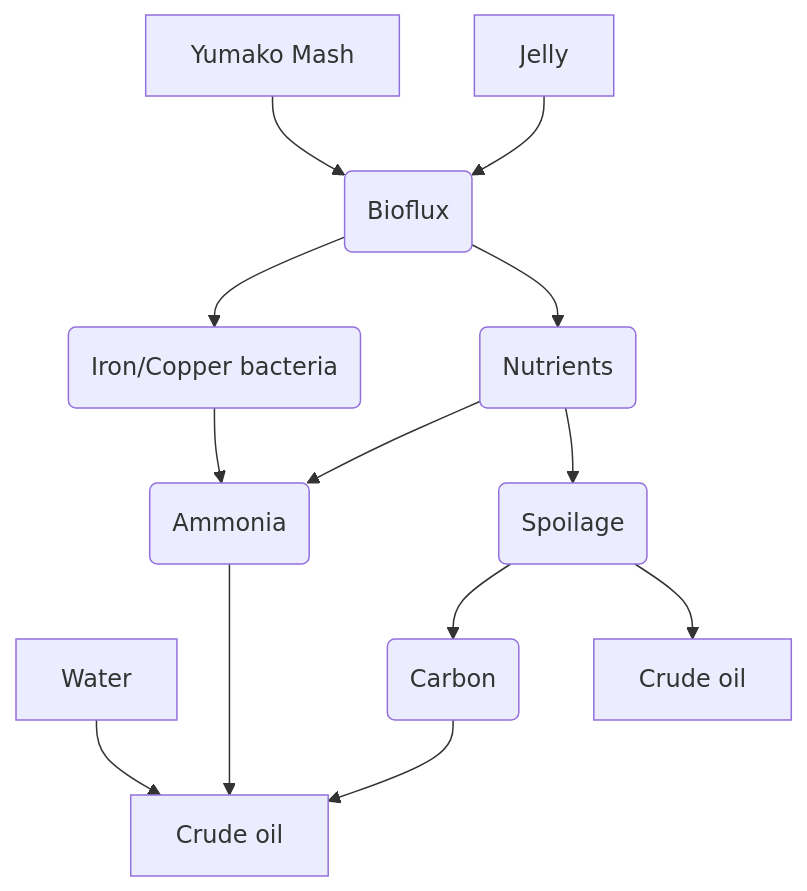
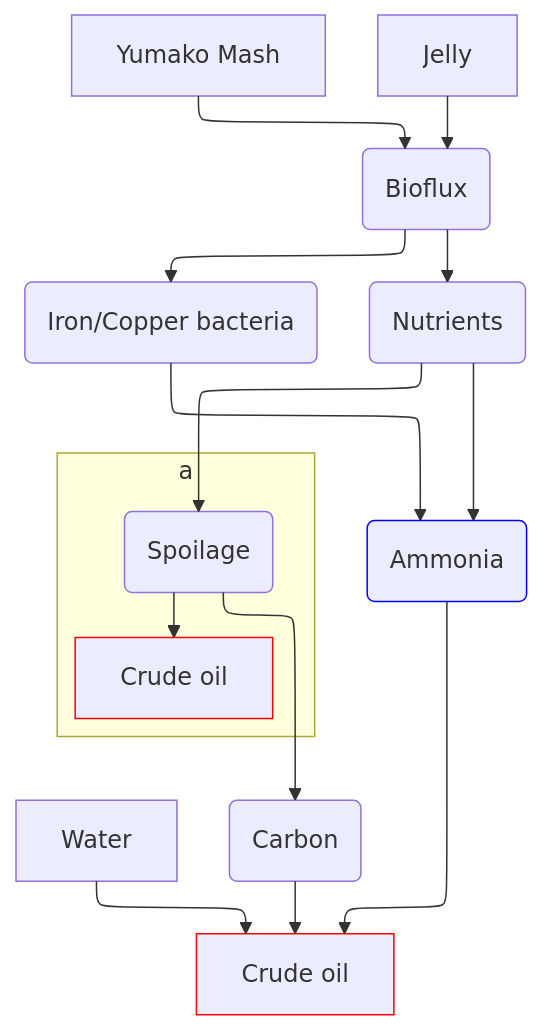
The diagram in .docs/flowcharts/gleba_crude_oil.md (JTnadrooi/Project-Galore), drawn with Mermaid before and after one commit.

Commit message:
changed chart style

````diff
--- a/.docs/flowcharts/gleba_crude_oil.md
+++ b/.docs/flowcharts/gleba_crude_oil.md
@@ -3,13 +3,23 @@
 ```mermaid
-flowchart TD
+---
+config:
+    flowchart:
+        defaultRenderer: elk
+---
+graph TB
     A1[Yumako Mash] -->Bf(Bioflux)
     A2[Jelly] -->Bf
-    H2o[Water] --> OilAm[Crude oil]
+    H2o[Water] --> OilAm[Crude oil]:::CrudeOil
     Bf --> Ba(Iron/Copper bacteria)
     Bf --> Nu(Nutrients)
-    Ba & Nu --> Am(Ammonia)
+    Ba & Nu --> Am(Ammonia):::Ammonia
     Nu --> Sp(Spoilage)
     Sp --> Ca(Carbon)
-    Ca & Am --> OilAm
-    Sp --> OilSp[Crude oil]
+        Ca & Am --> OilAm
+    subgraph a
+        Sp --> OilSp[Crude oil]:::CrudeOil
+    end
+
+    classDef Ammonia stroke:#00f
+    classDef CrudeOil stroke:#f00
 ```
````
